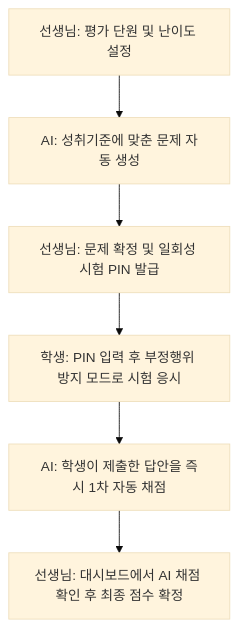
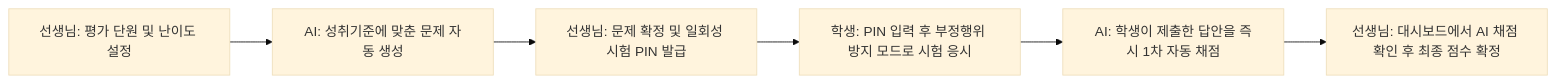
One commit to YOUNGDAE-PARK/dimigo-exam changed the fourth of 4 diagrams in 04_실적설명서/실적설명서.md. Above: the diagram before and after it, drawn with Mermaid (base theme).

Commit message:
docs: 6번 항목 교사용 대시보드 다이어그램을 가로형(LR)으로 수정하여 공간 효율 및 가독성 개선

````diff
--- a/04_실적설명서/실적설명서.md
+++ b/04_실적설명서/실적설명서.md
@@ -79,8 +79,8 @@
 ```mermaid
-flowchart TD
+flowchart LR
     Step1[선생님: 평가 단원 및 난이도 설정] --> Step2[AI: 성취기준에 맞춘 문제 자동 생성]
     Step2 --> Step3[선생님: 문제 확정 및 일회성 시험 PIN 발급]
     Step3 --> Step4[학생: PIN 입력 후 부정행위 방지 모드로 시험 응시]
     Step4 --> Step5[AI: 학생이 제출한 답안을 즉시 1차 자동 채점]
     Step5 --> Step6[선생님: 대시보드에서 AI 채점 확인 후 최종 점수 확정]
 ```
````
